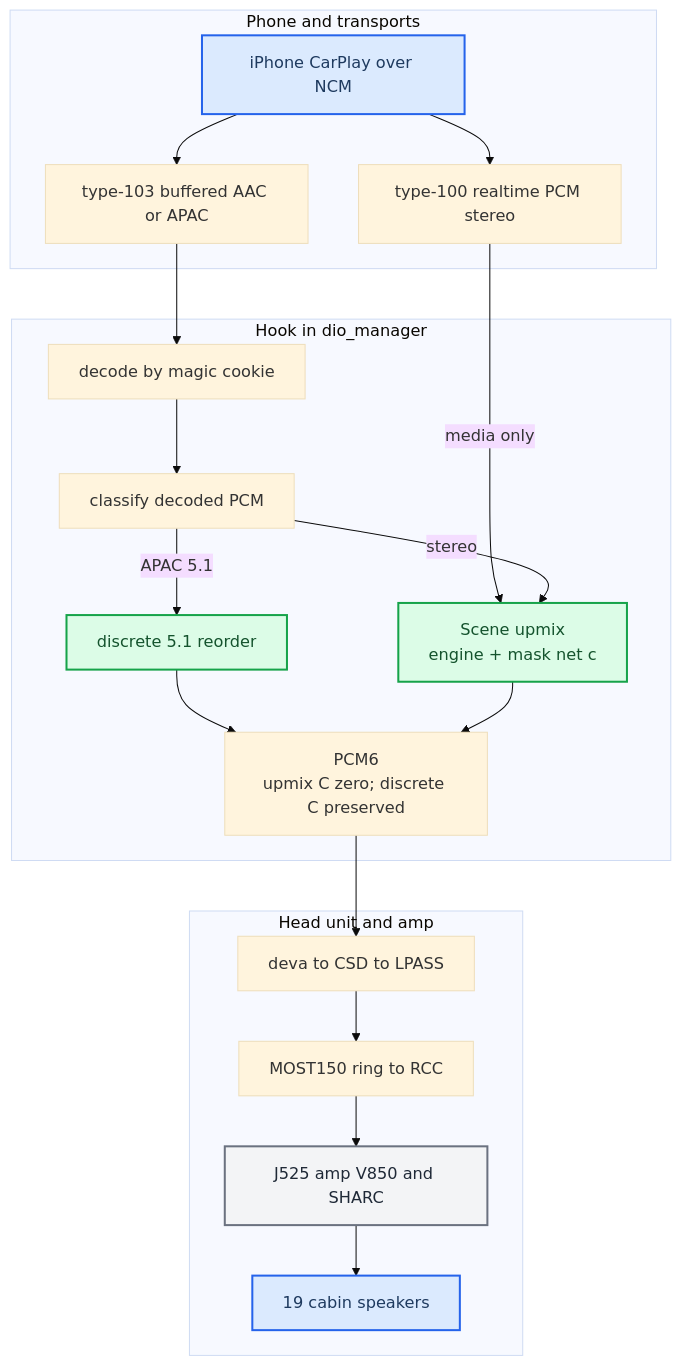
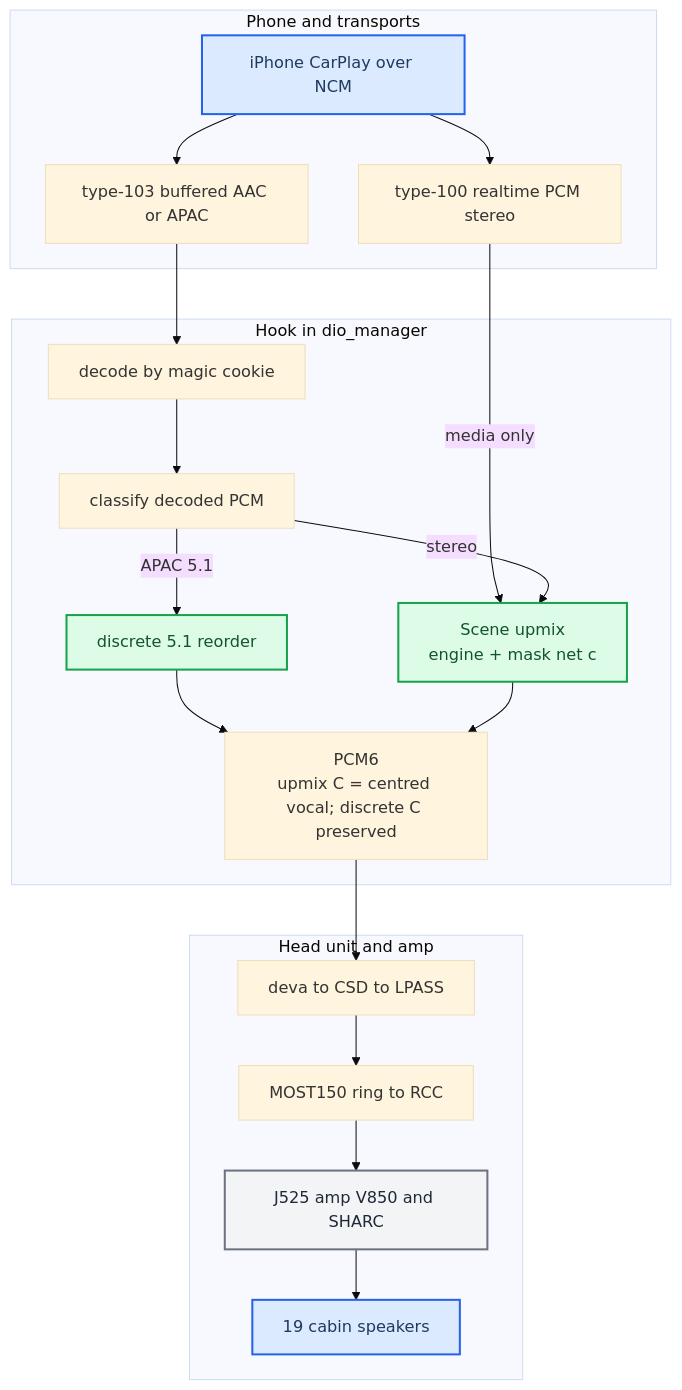
One commit to Developefd/mib2q-carplay-rgi changed the second of 2 diagrams in docs/audio/README.md. Above: the diagram before and after it, drawn with Mermaid (base theme). The commit also changed other lines of this file and 22 other files, not shown here.

First line of the commit message:
Upmix: the centred lead vocal goes to the centre channel

````diff
--- a/docs/audio/README.md
+++ b/docs/audio/README.md
@@ -38,36 +38,36 @@
 ```mermaid
 flowchart TB
   accTitle: Stereo to 5.1 CarPlay audio pipeline
   accDescr: Two phone transports feed decode or the realtime path, split into discrete 5.1 or the scene upmix, converge on PCM6 and travel through deva and MOST to the J525 amp and the speakers.
   subgraph phone_side["Phone and transports"]
     iphone["iPhone CarPlay over NCM"]
     realtime_100["type-100 realtime PCM stereo"]
     buffered_103["type-103 buffered AAC or APAC"]
   end
   subgraph hook_side["Hook in dio_manager"]
     cookie_decode["decode by magic cookie"]
     classify_pcm["classify decoded PCM"]
     discrete_51["discrete 5.1 reorder"]
     scene_upmix["Scene upmix<br/>engine + mask net c"]
-    pcm6_out["PCM6<br/>upmix C zero; discrete C preserved"]
+    pcm6_out["PCM6<br/>upmix C = centred vocal; discrete C preserved"]
   end
   subgraph car_side["Head unit and amp"]
     deva_csd["deva to CSD to LPASS"]
     most_ring["MOST150 ring to RCC"]
     j525_amp["J525 amp V850 and SHARC"]
     speakers_19["19 cabin speakers"]
   end
   iphone --> realtime_100
   iphone --> buffered_103
   realtime_100 -->|media only| scene_upmix
   buffered_103 --> cookie_decode --> classify_pcm
   classify_pcm -->|APAC 5.1| discrete_51 --> pcm6_out
   classify_pcm -->|stereo| scene_upmix --> pcm6_out
   pcm6_out --> deva_csd --> most_ring --> j525_amp --> speakers_19
   classDef primary fill:#dbeafe,stroke:#2563eb,stroke-width:2px,color:#1e3a5f
   classDef success fill:#dcfce7,stroke:#16a34a,stroke-width:2px,color:#14532d
   classDef neutral fill:#f3f4f6,stroke:#6b7280,stroke-width:2px,color:#1f2937
   class iphone,speakers_19 primary
   class discrete_51,scene_upmix success
   class j525_amp neutral
 ```
````
